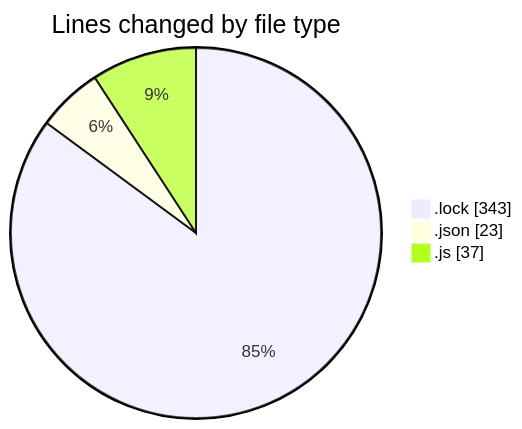
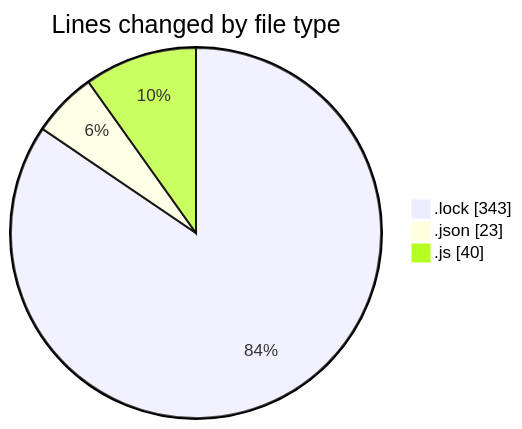
The first of 2 diagrams in 2025-01-30/cda/README.md (momahboobian/code-tracking), drawn with Mermaid before and after one commit. The commit also changed other lines of this file and 1 other file, not shown here.

````diff
--- a/2025-01-30/cda/README.md
+++ b/2025-01-30/cda/README.md
@@ -23,7 +23,7 @@
 ```mermaid
 pie showData
 title Lines changed by file type
 ".lock" : 343
 ".json" : 23
-".js" : 37
+".js" : 40
 ```
````
